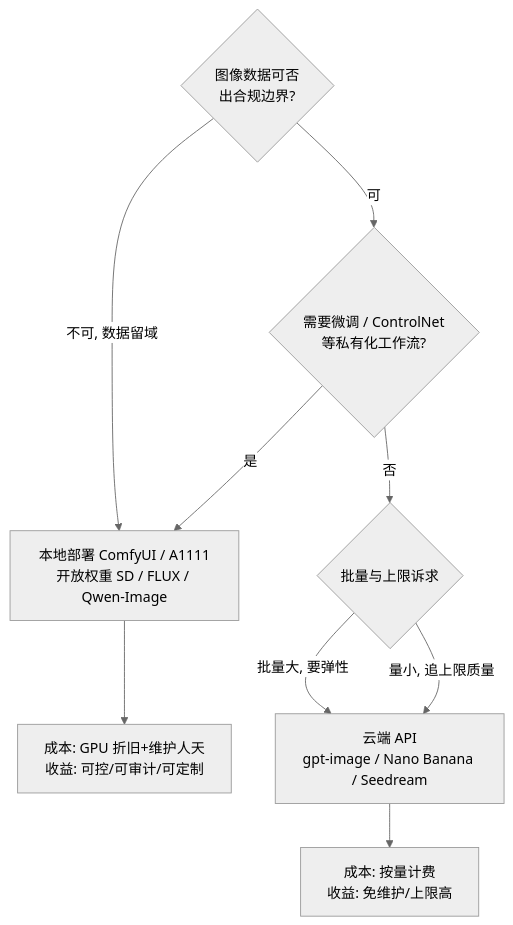
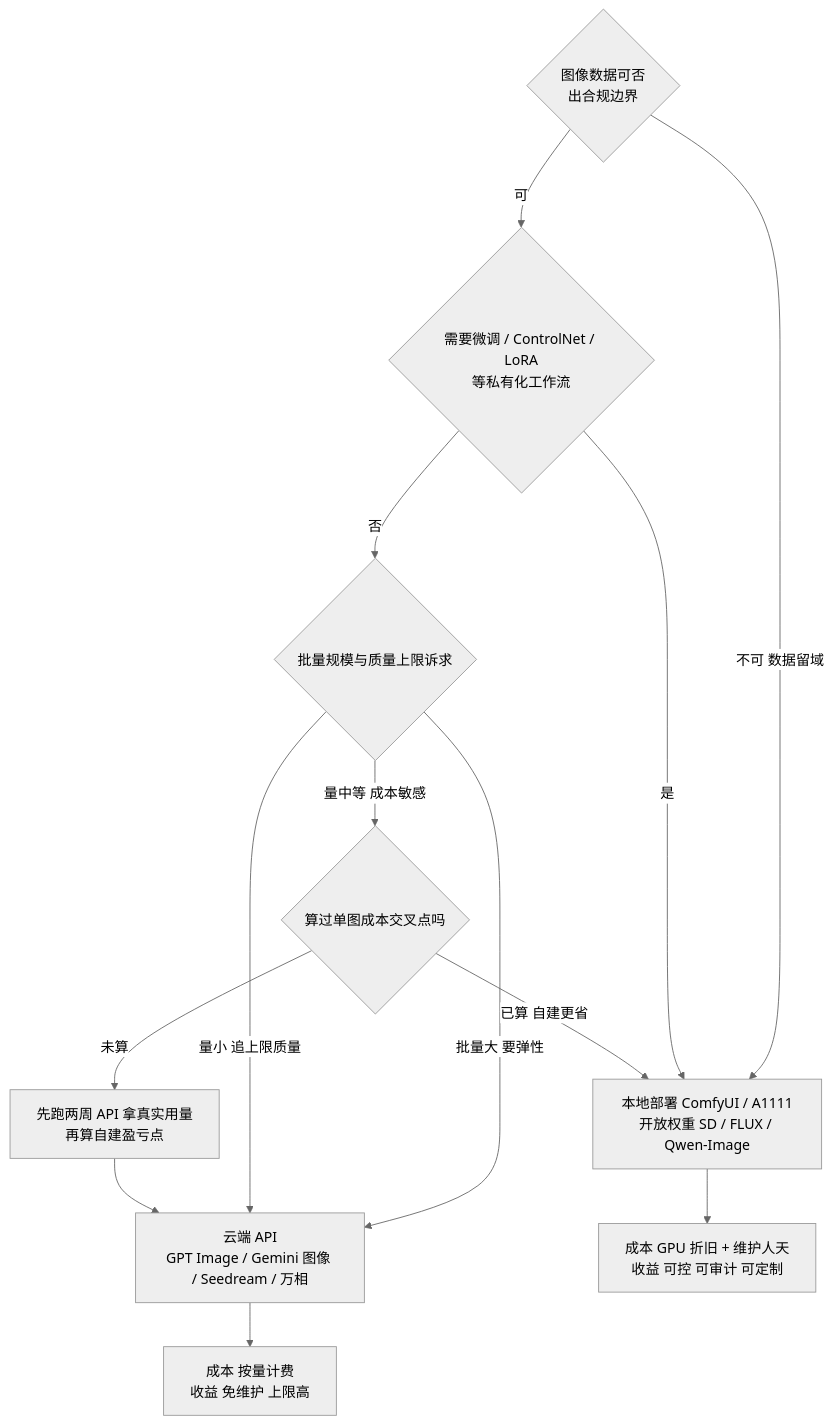
Before and after one commit to shuifans/cloud-ai-knowledge-base: the seventh of 7 diagrams in docs/ai/models/image-gen.md, drawn with Mermaid (neutral theme). The commit also changed other lines of this file and 294 other files, not shown here.

First line of the commit message:
更新: 全站 35 篇文章对标 speech-gen 全面升级（深度/配图/引用/决策图）

````diff
--- a/docs/ai/models/image-gen.md
+++ b/docs/ai/models/image-gen.md
@@ -221,11 +758,15 @@
 ```mermaid
 flowchart TD
-  A{图像数据可否<br/>出合规边界?} -->|不可, 数据留域| L[本地部署 ComfyUI / A1111<br/>开放权重 SD / FLUX / Qwen-Image]
-  A -->|可| B{需要微调 / ControlNet<br/>等私有化工作流?}
+  A{图像数据可否<br/>出合规边界} -->|不可 数据留域| L[本地部署 ComfyUI / A1111<br/>开放权重 SD / FLUX / Qwen-Image]
+  A -->|可| B{需要微调 / ControlNet / LoRA<br/>等私有化工作流}
   B -->|是| L
-  B -->|否| C{批量与上限诉求}
-  C -->|批量大, 要弹性| P[云端 API<br/>gpt-image / Nano Banana / Seedream]
-  C -->|量小, 追上限质量| P
-  L --> L1[成本: GPU 折旧+维护人天<br/>收益: 可控/可审计/可定制]
-  P --> P1[成本: 按量计费<br/>收益: 免维护/上限高]
+  B -->|否| C{批量规模与质量上限诉求}
+  C -->|批量大 要弹性| P[云端 API<br/>GPT Image / Gemini 图像 / Seedream / 万相]
+  C -->|量小 追上限质量| P
+  C -->|量中等 成本敏感| M{算过单图成本交叉点吗}
+  M -->|未算| N[先跑两周 API 拿真实用量<br/>再算自建盈亏点]
+  M -->|已算 自建更省| L
+  L --> L1[成本 GPU 折旧 + 维护人天<br/>收益 可控 可审计 可定制]
+  P --> P1[成本 按量计费<br/>收益 免维护 上限高]
+  N --> P
 ```
````
